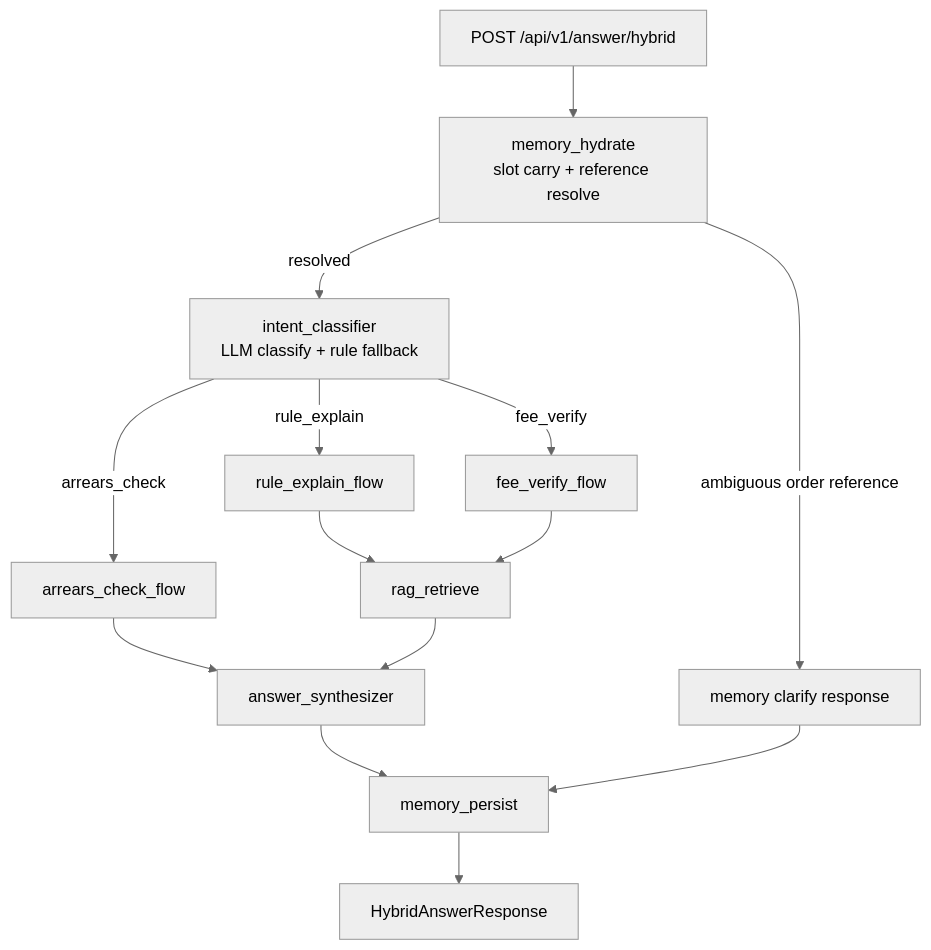
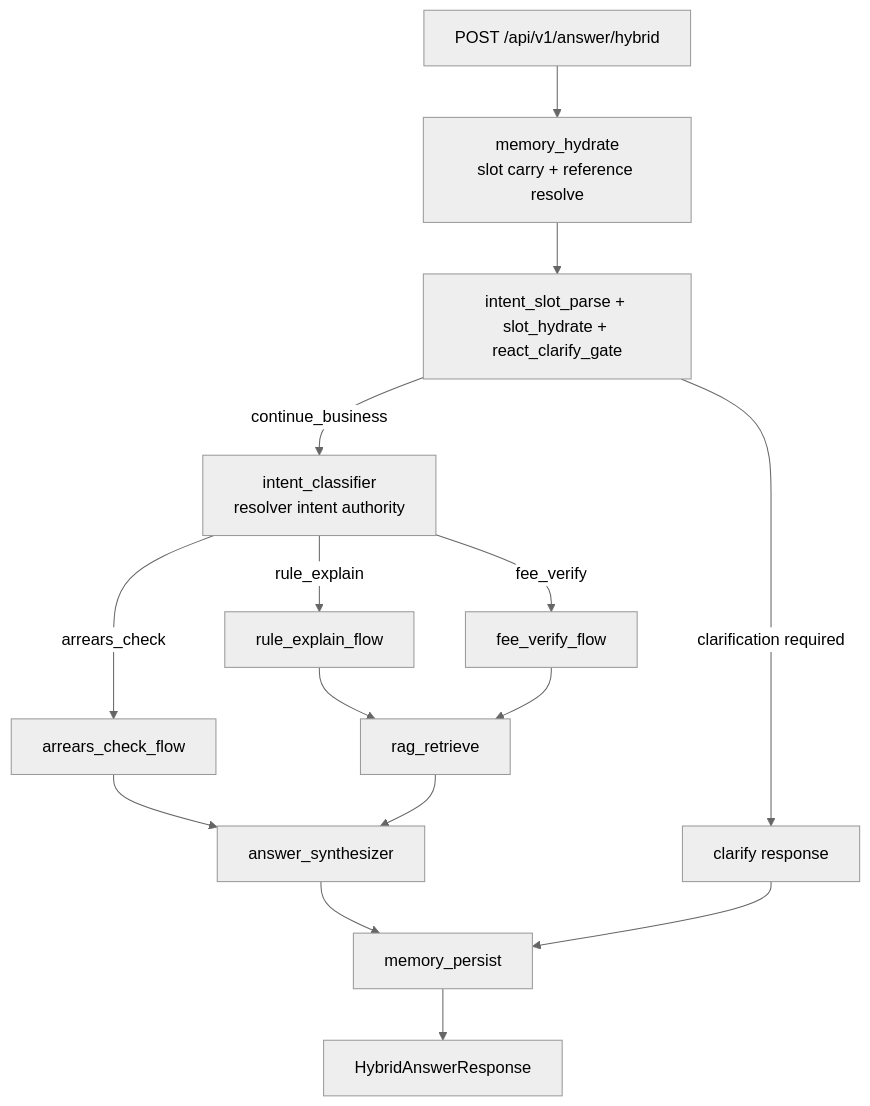
One commit to newgpp/agent-parksuit changed the diagram in README.md. Above: the diagram before and after it, drawn with Mermaid (neutral theme). The commit also changed other lines of this file and 1 other file, not shown here.

Commit message:
docs(rag-011): mark completion and align architecture notes

````diff
--- a/README.md
+++ b/README.md
@@ -35,17 +35,18 @@
 ```mermaid
 flowchart TD
     A[POST /api/v1/answer/hybrid] --> M[memory_hydrate<br/>slot carry + reference resolve]
-    M -->|ambiguous order reference| X[memory clarify response]
-    M -->|resolved| B[intent_classifier<br/>LLM classify + rule fallback]
+    M --> N[intent_slot_parse + slot_hydrate + react_clarify_gate]
+    N -->|clarification required| X[clarify response]
+    N -->|continue_business| B[intent_classifier<br/>resolver intent authority]
     B -->|rule_explain| C[rule_explain_flow]
     B -->|arrears_check| D[arrears_check_flow]
     B -->|fee_verify| E[fee_verify_flow]
 
     C --> F[rag_retrieve]
     E --> F
     D --> G[answer_synthesizer]
     F --> G
     G --> P[memory_persist]
     X --> P
     P --> H[HybridAnswerResponse]
 ```
````
